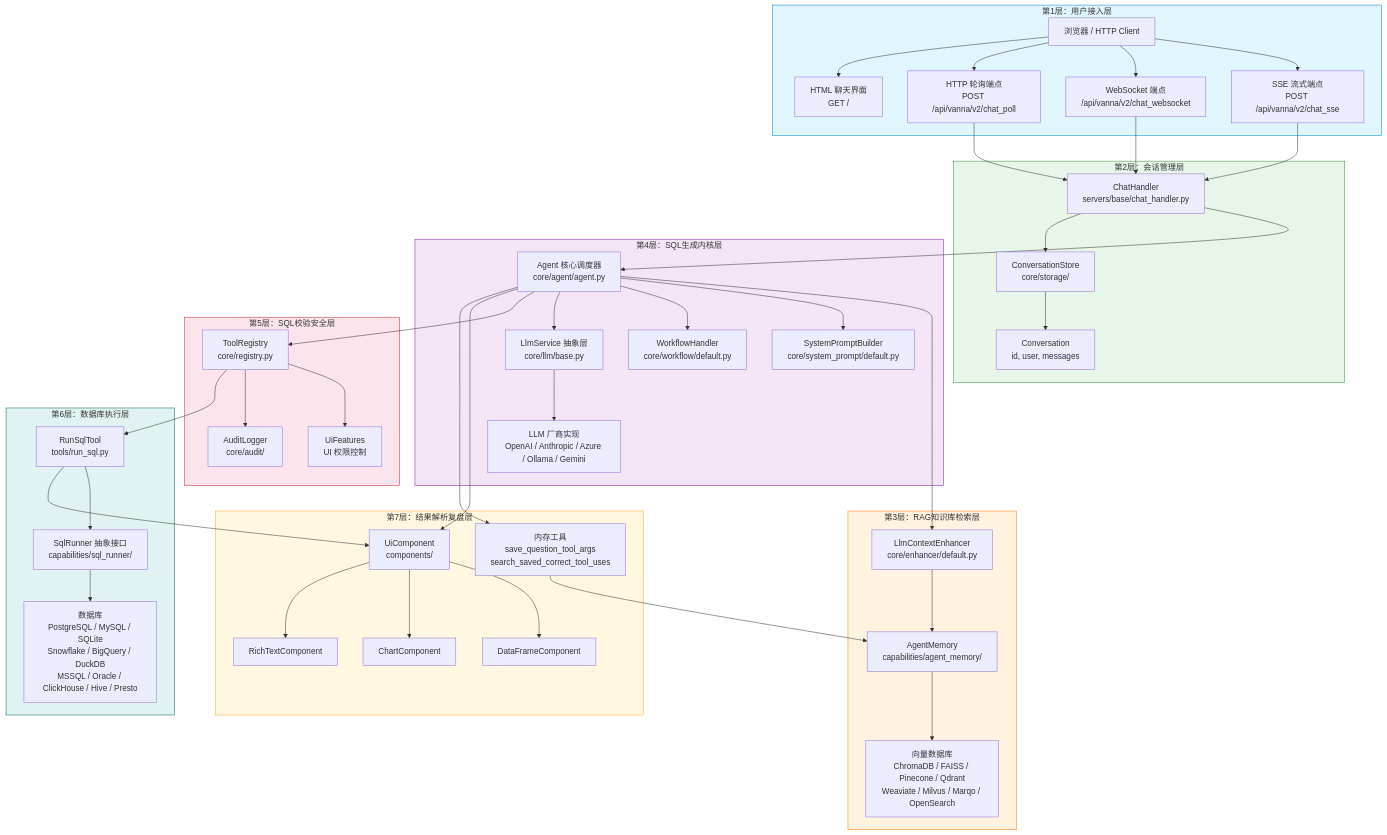
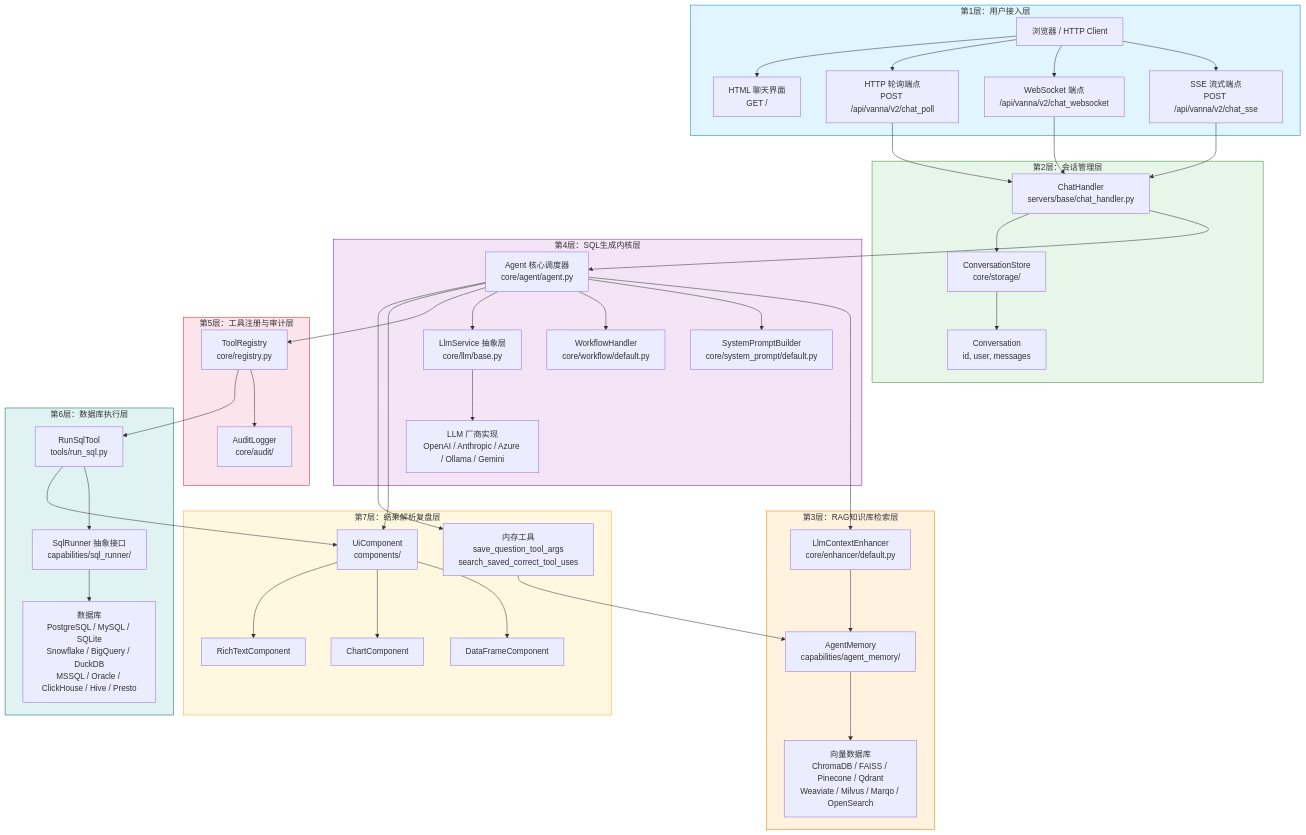
One commit to ityongman/vanna changed the first of 7 diagrams in docs/源码解析/06-Mermaid可视化流程图.md. Above: the diagram before and after it, drawn with Mermaid. The commit also changed other lines of this file and 10 other files, not shown here.

```diff
--- a/docs/源码解析/06-Mermaid可视化流程图.md
+++ b/docs/源码解析/06-Mermaid可视化流程图.md
@@ -38,9 +38,8 @@
         LLMImpl["LLM 厂商实现<br/>OpenAI / Anthropic / Azure / Ollama / Gemini"]
     end
 
-    subgraph SecurityLayer["第5层：SQL校验安全层"]
+    subgraph SecurityLayer["第5层：工具注册与审计层"]
         TR["ToolRegistry<br/>core/registry.py"]
-        UF["UiFeatures<br/>UI 权限控制"]
         AL["AuditLogger<br/>core/audit/"]
     end
 
@@ -76,7 +75,6 @@
     Agent --> LLM
     LLM --> LLMImpl
     Agent --> TR
-    TR --> UF
     TR --> AL
     TR --> RST
     RST --> SR
```
